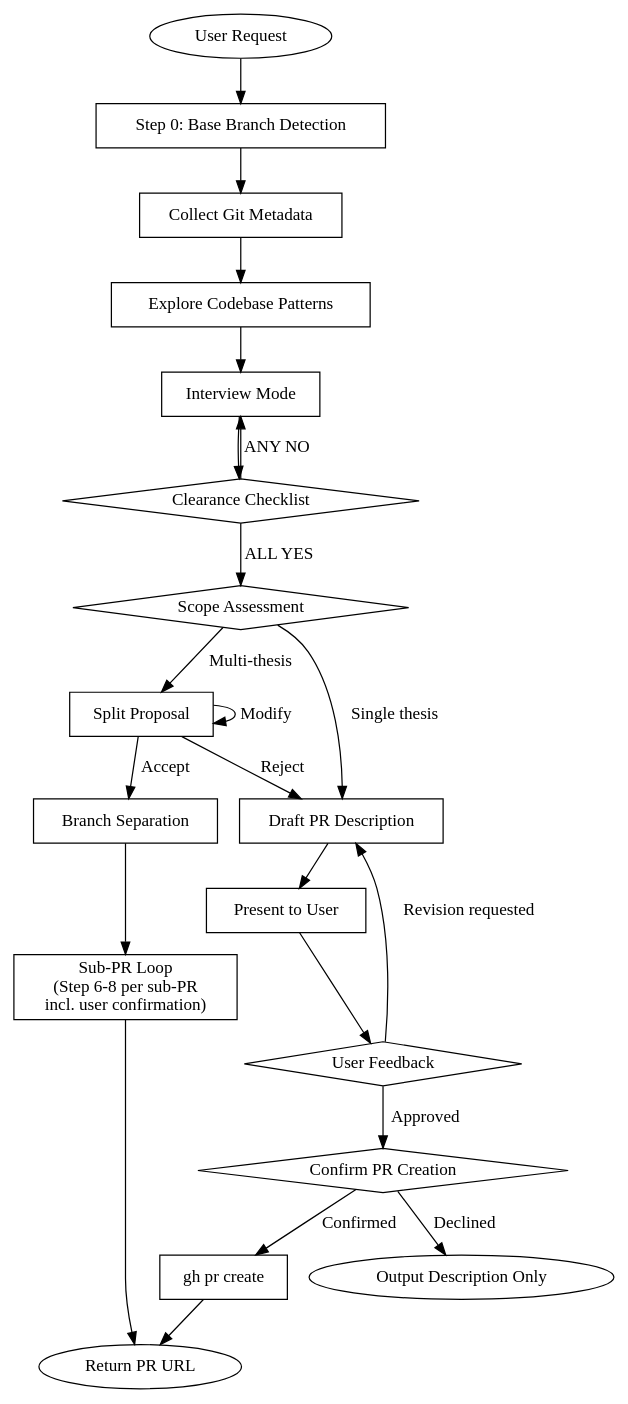
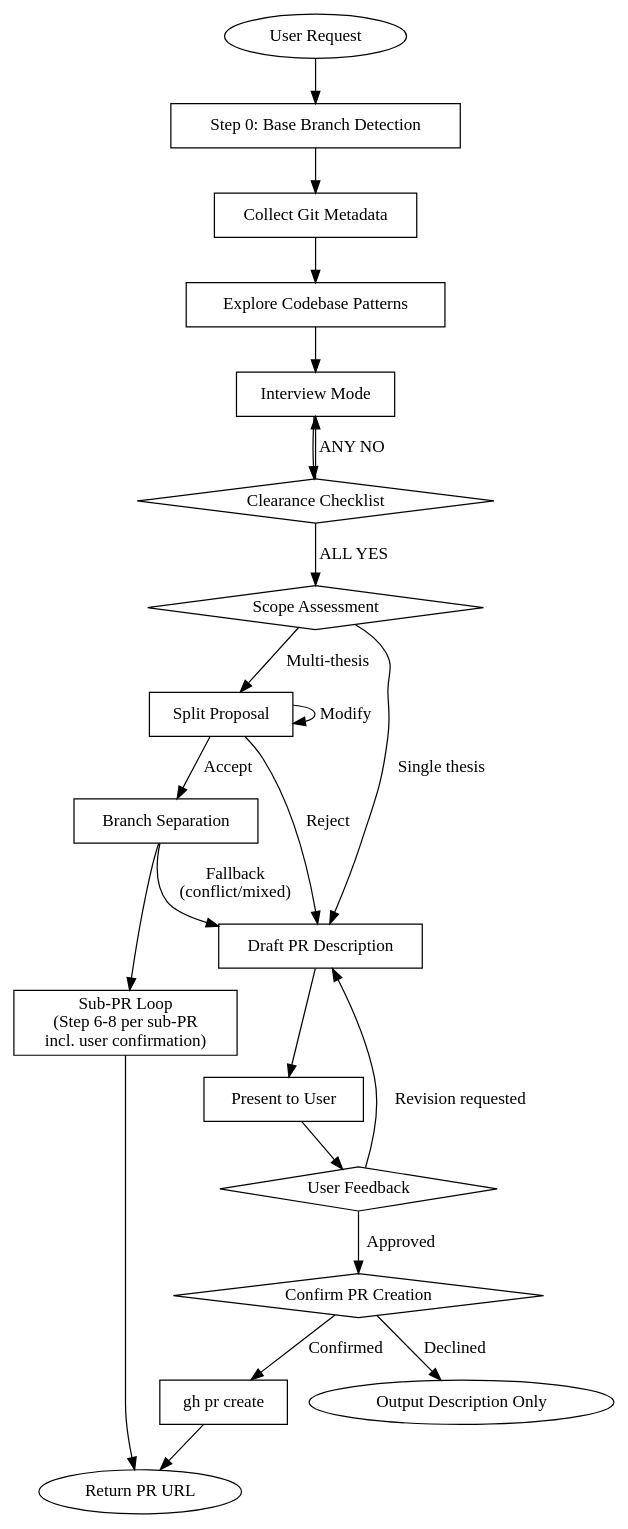
Before and after one commit to toongri/oh-my-toong-playground: the diagram in skills/make-pr/SKILL.md, drawn with Graphviz. The commit also changed other lines of this file and 2 other files, not shown here.

````diff
--- a/skills/make-pr/SKILL.md
+++ b/skills/make-pr/SKILL.md
@@ -61,45 +61,46 @@
 ```dot
 digraph make_pr_flow {
     rankdir=TB;
 
     "User Request" [shape=ellipse];
     "Step 0: Base Branch Detection" [shape=box];
     "Collect Git Metadata" [shape=box];
     "Explore Codebase Patterns" [shape=box];
     "Interview Mode" [shape=box];
     "Clearance Checklist" [shape=diamond];
     "Scope Assessment" [shape=diamond];
     "Split Proposal" [shape=box];
     "Branch Separation" [shape=box];
     "Sub-PR Loop\n(Step 6-8 per sub-PR\nincl. user confirmation)" [shape=box];
     "Draft PR Description" [shape=box];
     "Present to User" [shape=box];
     "User Feedback" [shape=diamond];
     "Confirm PR Creation" [shape=diamond];
     "gh pr create" [shape=box];
     "Return PR URL" [shape=ellipse];
     "Output Description Only" [shape=ellipse];
 
     "User Request" -> "Step 0: Base Branch Detection";
     "Step 0: Base Branch Detection" -> "Collect Git Metadata";
     "Collect Git Metadata" -> "Explore Codebase Patterns";
     "Explore Codebase Patterns" -> "Interview Mode";
     "Interview Mode" -> "Clearance Checklist";
     "Clearance Checklist" -> "Interview Mode" [label="ANY NO"];
     "Clearance Checklist" -> "Scope Assessment" [label="ALL YES"];
     "Scope Assessment" -> "Draft PR Description" [label="Single thesis"];
     "Scope Assessment" -> "Split Proposal" [label="Multi-thesis"];
     "Split Proposal" -> "Branch Separation" [label="Accept"];
     "Split Proposal" -> "Draft PR Description" [label="Reject"];
     "Split Proposal" -> "Split Proposal" [label="Modify"];
     "Branch Separation" -> "Sub-PR Loop\n(Step 6-8 per sub-PR\nincl. user confirmation)";
+    "Branch Separation" -> "Draft PR Description" [label="Fallback\n(conflict/mixed)"];
     "Sub-PR Loop\n(Step 6-8 per sub-PR\nincl. user confirmation)" -> "Return PR URL";
     "Draft PR Description" -> "Present to User";
     "Present to User" -> "User Feedback";
     "User Feedback" -> "Draft PR Description" [label="Revision requested"];
     "User Feedback" -> "Confirm PR Creation" [label="Approved"];
     "Confirm PR Creation" -> "Output Description Only" [label="Declined"];
     "Confirm PR Creation" -> "gh pr create" [label="Confirmed"];
     "gh pr create" -> "Return PR URL";
 }
 ```
````
